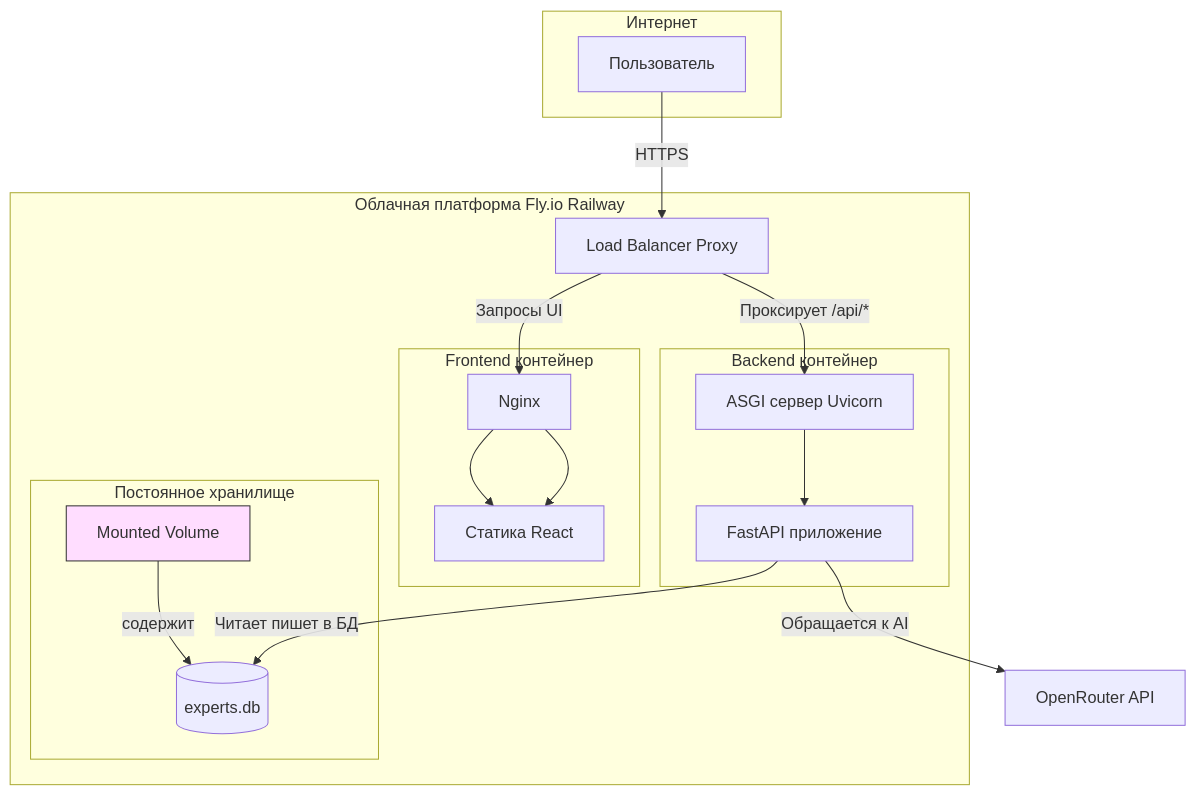
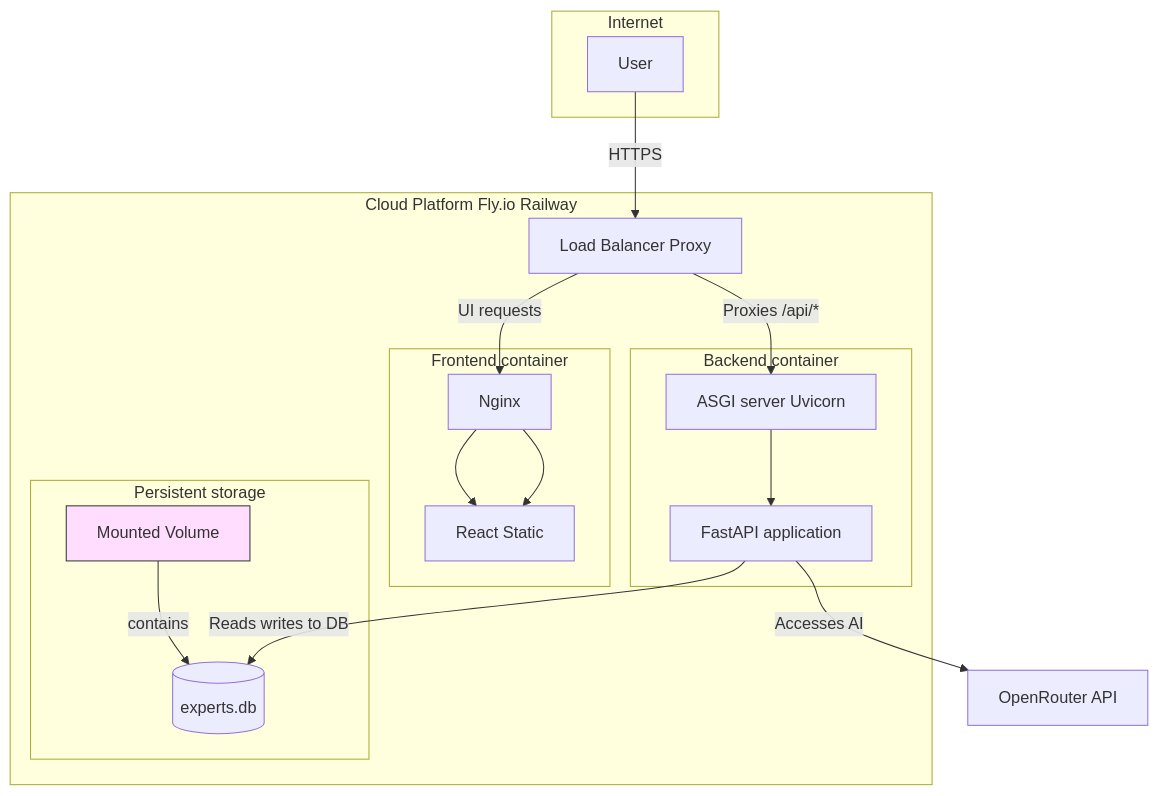
One commit to shao3d/Experts_panel changed the fifth of 5 diagrams in README.md. Above: the diagram before and after it, drawn with Mermaid. The commit also changed other lines of this file, not shown here.

First line of the commit message:
feat: Translate README and all Mermaid diagrams from Russian to English

````diff
--- a/README.md
+++ b/README.md
@@ -116,33 +116,33 @@
 ```mermaid
 graph TD
-    subgraph "Интернет"
-        User[Пользователь]
+    subgraph "Internet"
+        User[User]
     end
 
-    subgraph "Облачная платформа Fly.io Railway"
+    subgraph "Cloud Platform Fly.io Railway"
         LB[Load Balancer Proxy]
 
-        subgraph "Frontend контейнер"
-            Nginx[Nginx] --> Static[Статика React]
+        subgraph "Frontend container"
+            Nginx[Nginx] --> Static[React Static]
         end
 
-        subgraph "Backend контейнер"
-            Uvicorn[ASGI сервер Uvicorn] --> App[FastAPI приложение]
+        subgraph "Backend container"
+            Uvicorn[ASGI server Uvicorn] --> App[FastAPI application]
         end
 
-        subgraph "Постоянное хранилище"
+        subgraph "Persistent storage"
             Volume[Mounted Volume]
             DB[(experts.db)]
-            Volume -- содержит --> DB
+            Volume -- contains --> DB
         end
     end
 
     User -- HTTPS --> LB
-    LB -- "Запросы UI" --> Nginx
+    LB -- "UI requests" --> Nginx
     Nginx --> Static
-    LB -- "Проксирует /api/*" --> Uvicorn
-    App -- "Читает пишет в БД" --> DB
-    App -- "Обращается к AI" --> LLM_API[OpenRouter API]
+    LB -- "Proxies /api/*" --> Uvicorn
+    App -- "Reads writes to DB" --> DB
+    App -- "Accesses AI" --> LLM_API[OpenRouter API]
 
     style Volume fill:#fdf,stroke:#333
 ```
````
